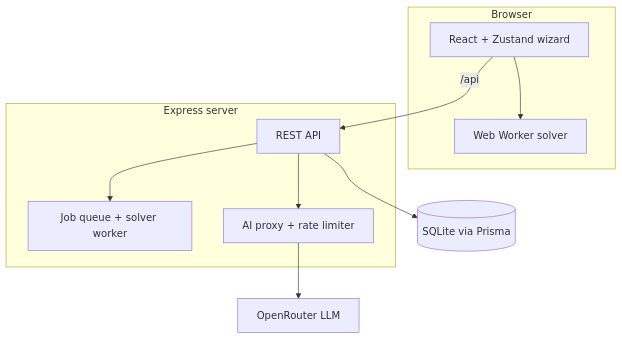
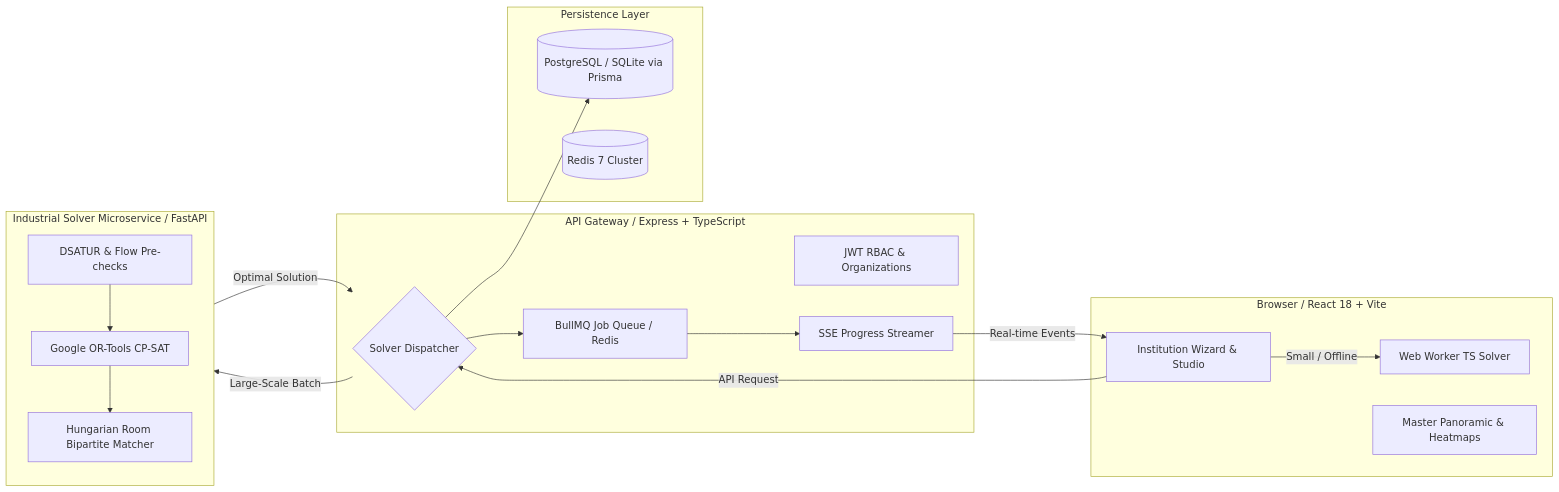
The diagram in README.md (ibpofficial/TIMETABLE), drawn with Mermaid before and after one commit. The commit also changed other lines of this file and 20 other files, not shown here.

````diff
--- a/README.md
+++ b/README.md
@@ -106,19 +64,36 @@
 ```mermaid
-flowchart TB
-    subgraph Browser
-      UI[React + Zustand wizard]
-      W[Web Worker solver]
+flowchart LR
+    subgraph Client [Browser / React 18 + Vite]
+        UI[Institution Wizard & Studio]
+        TS[Web Worker TS Solver]
+        Grid[Master Panoramic & Heatmaps]
     end
-    subgraph Server[Express server]
-      API[REST API]
-      J[Job queue + solver worker]
-      AI[AI proxy + rate limiter]
+
+    subgraph NodeGateway [API Gateway / Express + TypeScript]
+        Router{Solver Dispatcher}
+        Auth[JWT RBAC & Organizations]
+        Queue[BullMQ Job Queue / Redis]
+        SSE[SSE Progress Streamer]
     end
-    DB[(SQLite via Prisma)]
-    OR[OpenRouter LLM]
-    UI --> W
-    UI -->|/api| API
-    API --> J
-    API --> DB
-    API --> AI --> OR
+
+    subgraph PythonEngine [Industrial Solver Microservice / FastAPI]
+        Precheck[DSATUR & Flow Pre-checks]
+        CPSAT[Google OR-Tools CP-SAT]
+        Matching[Hungarian Room Bipartite Matcher]
+    end
+
+    subgraph Storage [Persistence Layer]
+        PG[(PostgreSQL / SQLite via Prisma)]
+        Redis[(Redis 7 Cluster)]
+    end
+
+    UI -->|Small / Offline| TS
+    UI -->|API Request| Router
+    Router --> Queue
+    Queue --> SSE
+    SSE -->|Real-time Events| UI
+    Router -->|Large-Scale Batch| PythonEngine
+    Precheck --> CPSAT --> Matching
+    PythonEngine -->|Optimal Solution| Router
+    Router --> PG
 ```
````
